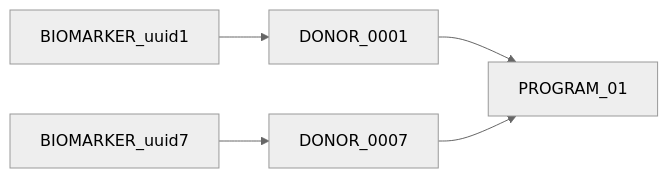
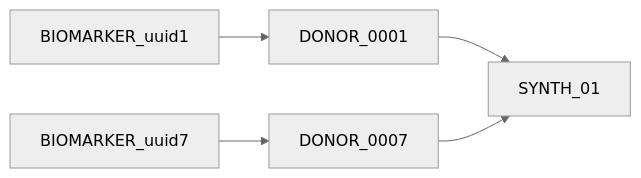
Before and after one commit to CanDIG/katsu: the ninth of 9 diagrams in chord_metadata_service/mohpackets/data/small_dataset/README.md, drawn with Mermaid (neutral theme). The commit also changed other lines of this file and 14 other files, not shown here.

````diff
--- a/chord_metadata_service/mohpackets/data/small_dataset/README.md
+++ b/chord_metadata_service/mohpackets/data/small_dataset/README.md
@@ -198,5 +198,5 @@
 ```mermaid
 graph LR;
-  BIOMARKER_uuid1 --> DONOR_0001 --> PROGRAM_01;
-  BIOMARKER_uuid7  --> DONOR_0007 --> PROGRAM_01;
+  BIOMARKER_uuid1 --> DONOR_0001 --> SYNTH_01;
+  BIOMARKER_uuid7  --> DONOR_0007 --> SYNTH_01;
 ```
````
